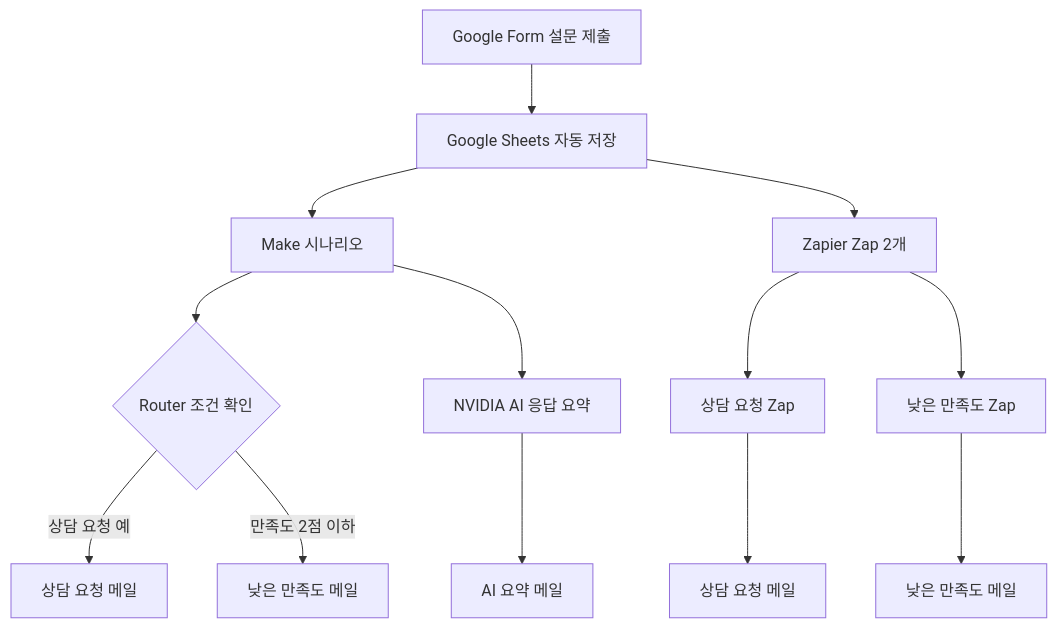
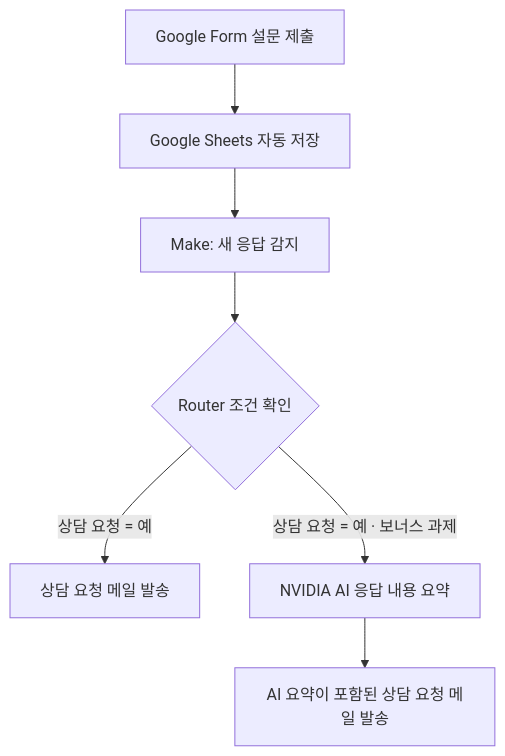
Before and after one commit to jjjoy1114/codyssey_ai_native: the first of 2 diagrams in project-03/README.md, drawn with Mermaid. The commit also changed other lines of this file, not shown here.

````diff
--- a/project-03/README.md
+++ b/project-03/README.md
@@ -82,17 +82,10 @@
 ```mermaid
 flowchart TD
     A[Google Form 설문 제출] --> B[Google Sheets 자동 저장]
-    B --> C[Make 시나리오]
-    B --> D[Zapier Zap 2개]
+    B --> C[Make: 새 응답 감지]
+    C --> D{Router 조건 확인}
 
-    C --> E{Router 조건 확인}
-    E -->|상담 요청 예| F[상담 요청 메일]
-    E -->|만족도 2점 이하| G[낮은 만족도 메일]
-    C --> H[NVIDIA AI 응답 요약]
-    H --> I[AI 요약 메일]
-
-    D --> J[상담 요청 Zap]
-    D --> K[낮은 만족도 Zap]
-    J --> L[상담 요청 메일]
-    K --> M[낮은 만족도 메일]
+    D -->|상담 요청 = 예| E[상담 요청 메일 발송]
+    D -->|상담 요청 = 예 · 보너스 과제| F[NVIDIA AI 응답 내용 요약]
+    F --> G[AI 요약이 포함된 상담 요청 메일 발송]
 ```
````
